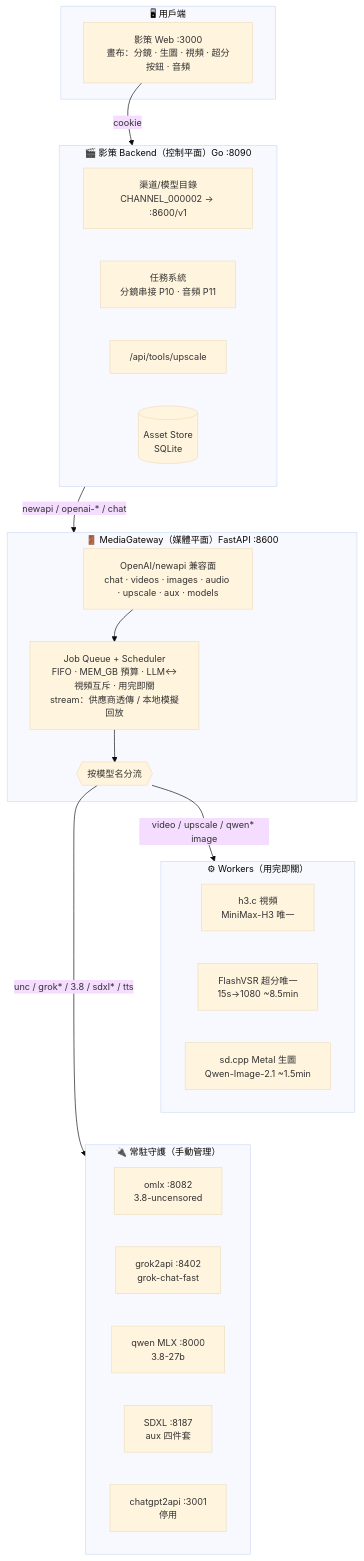
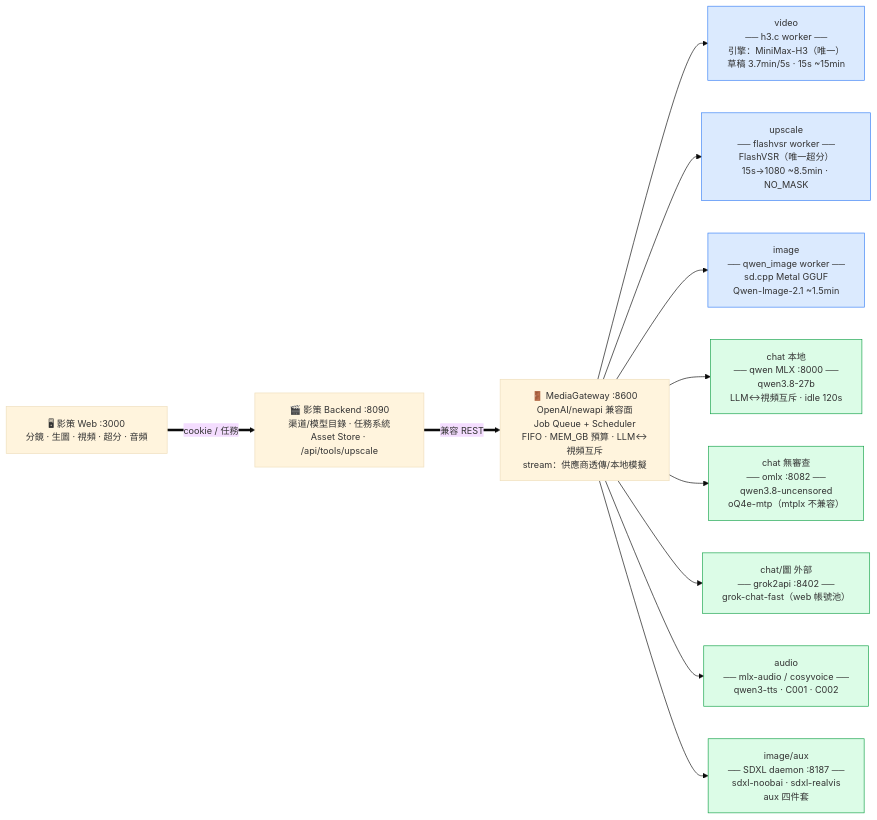
Before and after one commit to ouyexiaogongzhu/MediaGateway: the diagram in docs/architecture.md, drawn with Mermaid. The commit also changed other lines of this file and 1 other file, not shown here.

Commit message:
docs: 架構圖重構為按 Worker 分流視圖（1600×1507）

````diff
--- a/docs/architecture.md
+++ b/docs/architecture.md
@@ -5,44 +6,24 @@
 ```mermaid
 %%{init:{"theme":"base","themeVariables":{"fontSize":"14px"}}}%%
-flowchart TB
-    subgraph L1["🖥 用戶端"]
-        UI["影策 Web :3000<br/>畫布：分鏡 · 生圖 · 視頻 · 超分按鈕 · 音頻"]
-    end
+flowchart LR
+    UI["🖥 影策 Web :3000<br/>分鏡 · 生圖 · 視頻 · 超分 · 音頻"]
+    Y["🎬 影策 Backend :8090<br/>渠道/模型目錄 · 任務系統<br/>Asset Store · /api/tools/upscale"]
+    GW["🚪 MediaGateway :8600<br/>OpenAI/newapi 兼容面<br/>Job Queue + Scheduler<br/>FIFO · MEM_GB 預算 · LLM↔視頻互斥<br/>stream：供應商透傳/本地模擬"]
 
-    subgraph L2["🎬 影策 Backend（控制平面）Go :8090"]
-        CH["渠道/模型目錄<br/>CHANNEL_000002 → :8600/v1"]
-        TASK["任務系統<br/>分鏡串接 P10 · 音頻 P11"]
-        TOOLS["/api/tools/upscale"]
-        AS[("Asset Store<br/>SQLite")]
-    end
+    V["video<br/>── h3.c worker ──<br/>引擎：MiniMax-H3（唯一）<br/>草稿 3.7min/5s · 15s ~15min"]
+    U["upscale<br/>── flashvsr worker ──<br/>FlashVSR（唯一超分）<br/>15s→1080 ~8.5min · NO_MASK"]
+    I["image<br/>── qwen_image worker ──<br/>sd.cpp Metal GGUF<br/>Qwen-Image-2.1 ~1.5min"]
+    C["chat 本地<br/>── qwen MLX :8000 ──<br/>qwen3.8-27b<br/>LLM↔視頻互斥 · idle 120s"]
+    CU["chat 無審查<br/>── omlx :8082 ──<br/>qwen3.8-uncensored<br/>oQ4e-mtp（mtplx 不兼容）"]
+    GK["chat/圖 外部<br/>── grok2api :8402 ──<br/>grok-chat-fast（web 帳號池）"]
+    A["audio<br/>── mlx-audio / cosyvoice ──<br/>qwen3-tts · C001 · C002"]
+    X["image/aux<br/>── SDXL daemon :8187 ──<br/>sdxl-noobai · sdxl-realvis<br/>aux 四件套"]
 
-    subgraph L3["🚪 MediaGateway（媒體平面）FastAPI :8600"]
-        API["OpenAI/newapi 兼容面<br/>chat · videos · images · audio · upscale · aux · models"]
-        Q["Job Queue + Scheduler<br/>FIFO · MEM_GB 預算 · LLM↔視頻互斥 · 用完即關<br/>stream：供應商透傳 / 本地模擬回放"]
-        RT{{"按模型名分流"}}
-        API --> Q --> RT
-    end
+    classDef once fill:#dbeafe,stroke:#3b82f6
+    classDef daemon fill:#dcfce7,stroke:#16a34a
+    class V,U,I once
+    class C,CU,GK,A,X daemon
 
-    subgraph W["⚙ Workers（用完即關）"]
-        direction LR
-        H3["h3.c 視頻<br/>MiniMax-H3 唯一"]
-        FV["FlashVSR 超分唯一<br/>15s→1080 ~8.5min"]
-        QI["sd.cpp Metal 生圖<br/>Qwen-Image-2.1 ~1.5min"]
-    end
-
-    subgraph D["🔌 常駐守護（手動管理）"]
-        direction LR
-        OM["omlx :8082<br/>3.8-uncensored"]
-        GK["grok2api :8402<br/>grok-chat-fast"]
-        QL["qwen MLX :8000<br/>3.8-27b"]
-        SD["SDXL :8187<br/>aux 四件套"]
-        C2["chatgpt2api :3001<br/>停用"]
-    end
-
-    UI -->|"cookie"| L2
-    L2 -->|"newapi / openai-* / chat"| L3
-    RT -->|"video / upscale / qwen* image"| W
-    RT -->|"unc / grok* / 3.8 / sdxl* / tts"| D
-
-    L1 ~~~ L2 ~~~ L3 ~~~ W ~~~ D
+    UI ==>|"cookie / 任務"| Y ==>|"兼容 REST"| GW
+    GW --> V & U & I & C & CU & GK & A & X
 ```
````
